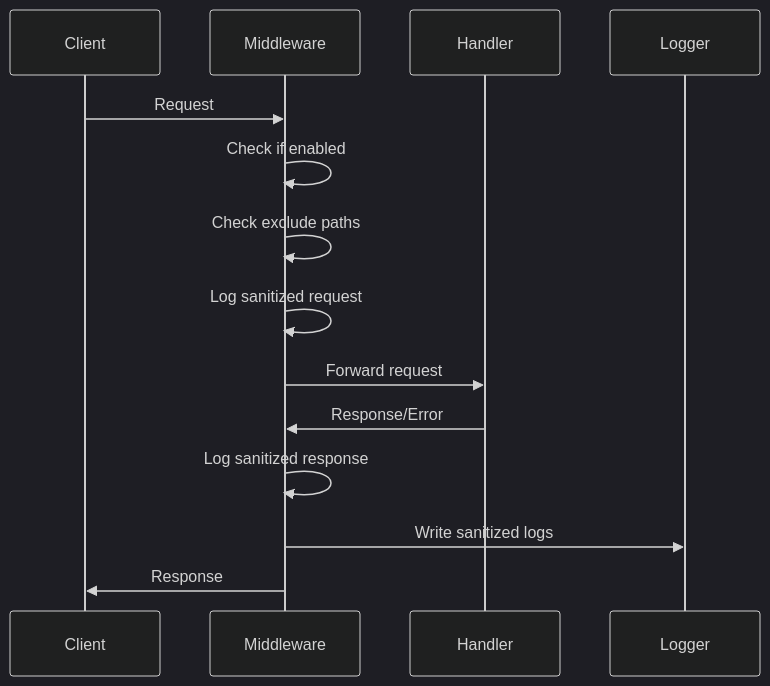
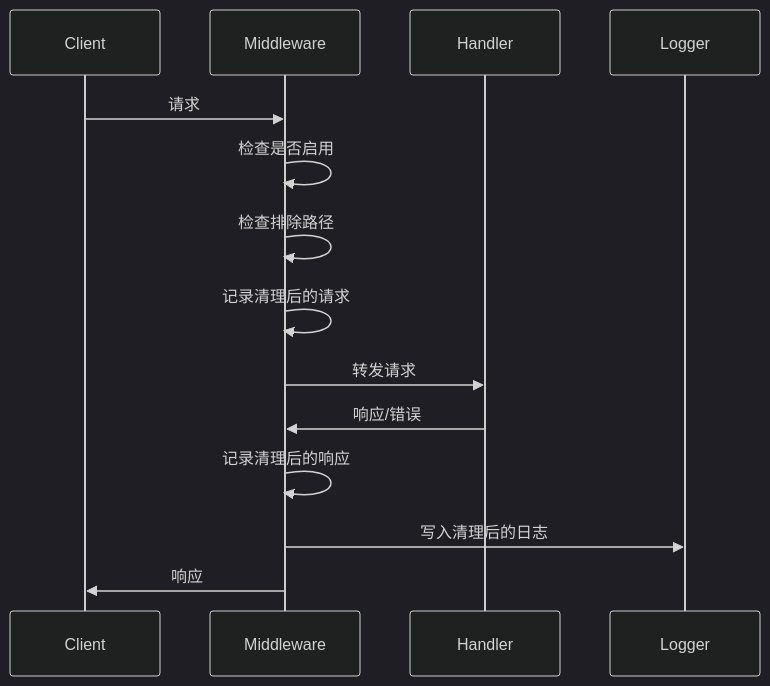
One commit to 26huitailang/kratos-boilerplate changed the fourth of 5 diagrams in .qoder/repowiki/zh/content/Backend Services/Sensitive Data Handling.md. Above: the diagram before and after it, drawn with Mermaid (dark theme). The commit also changed other lines of this file and 31 other files, not shown here.

````diff
--- a/.qoder/repowiki/zh/content/Backend Services/Sensitive Data Handling.md
+++ b/.qoder/repowiki/zh/content/Backend Services/Sensitive Data Handling.md
@@ -193,16 +233,16 @@
 ```mermaid
 sequenceDiagram
 participant Client
 participant Middleware
 participant Handler
 participant Logger
-Client->>Middleware : Request
-Middleware->>Middleware : Check if enabled
-Middleware->>Middleware : Check exclude paths
-Middleware->>Middleware : Log sanitized request
-Middleware->>Handler : Forward request
-Handler->>Middleware : Response/Error
-Middleware->>Middleware : Log sanitized response
-Middleware->>Logger : Write sanitized logs
-Middleware->>Client : Response
+Client->>Middleware : 请求
+Middleware->>Middleware : 检查是否启用
+Middleware->>Middleware : 检查排除路径
+Middleware->>Middleware : 记录清理后的请求
+Middleware->>Handler : 转发请求
+Handler->>Middleware : 响应/错误
+Middleware->>Middleware : 记录清理后的响应
+Middleware->>Logger : 写入清理后的日志
+Middleware->>Client : 响应
 ```
````
